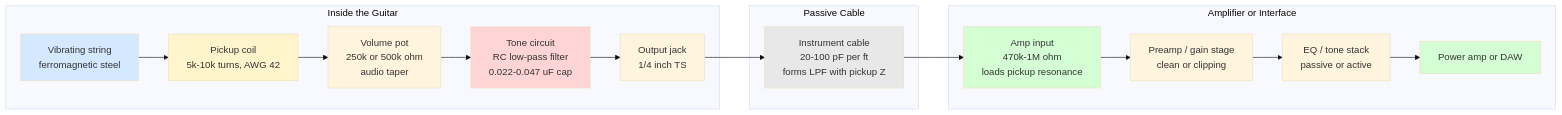
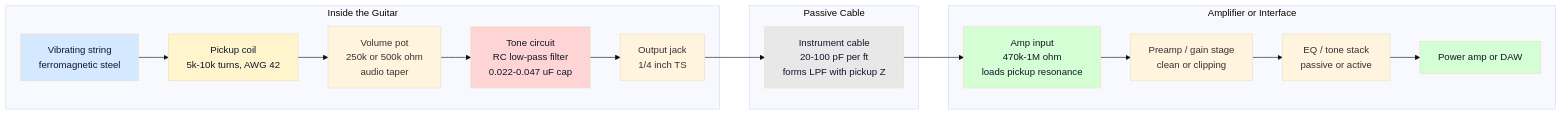
The second of 5 diagrams in topics/arts/music_performance/electric_guitar/labs.md (blebleblee/synapse), drawn with Mermaid (base theme) before and after one commit. The commit also changed other lines of this file and 1464 other files, not shown here.

Commit message:
feat(release): curriculum vector mermaid upgrade, render hardening, and master synpack

````diff
--- a/topics/arts/music_performance/electric_guitar/labs.md
+++ b/topics/arts/music_performance/electric_guitar/labs.md
@@ -332,30 +332,30 @@
 ```mermaid
 graph LR
     subgraph sub_guitar ["Inside the Guitar"]
         A["Vibrating string<br/>ferromagnetic steel"] --> B["Pickup coil<br/>5k-10k turns, AWG 42"]
         B --> C["Volume pot<br/>250k or 500k ohm<br/>audio taper"]
         C --> D["Tone circuit<br/>RC low-pass filter<br/>0.022-0.047 uF cap"]
         D --> E["Output jack<br/>1/4 inch TS"]
     end
 
     subgraph sub_cable ["Passive Cable"]
         F["Instrument cable<br/>20-100 pF per ft<br/>forms LPF with pickup Z"]
     end
 
     subgraph sub_amp ["Amplifier or Interface"]
         G["Amp input<br/>470k-1M ohm<br/>loads pickup resonance"]
         H["Preamp / gain stage<br/>clean or clipping"]
         I["EQ / tone stack<br/>passive or active"]
         J["Power amp or DAW"]
         G --> H --> I --> J
     end
 
     E --> F --> G
 
-    style A fill:#d4e8ff
-    style B fill:#fff4cc
-    style D fill:#ffd4d4
-    style F fill:#e8e8e8
-    style G fill:#d4ffd4
-    style J fill:#d4ffd4
+    style A fill:#d4e8ff,color:#0f172a
+    style B fill:#fff4cc,color:#0f172a
+    style D fill:#ffd4d4,color:#0f172a
+    style F fill:#e8e8e8,color:#0f172a
+    style G fill:#d4ffd4,color:#0f172a
+    style J fill:#d4ffd4,color:#0f172a
 ```
````
